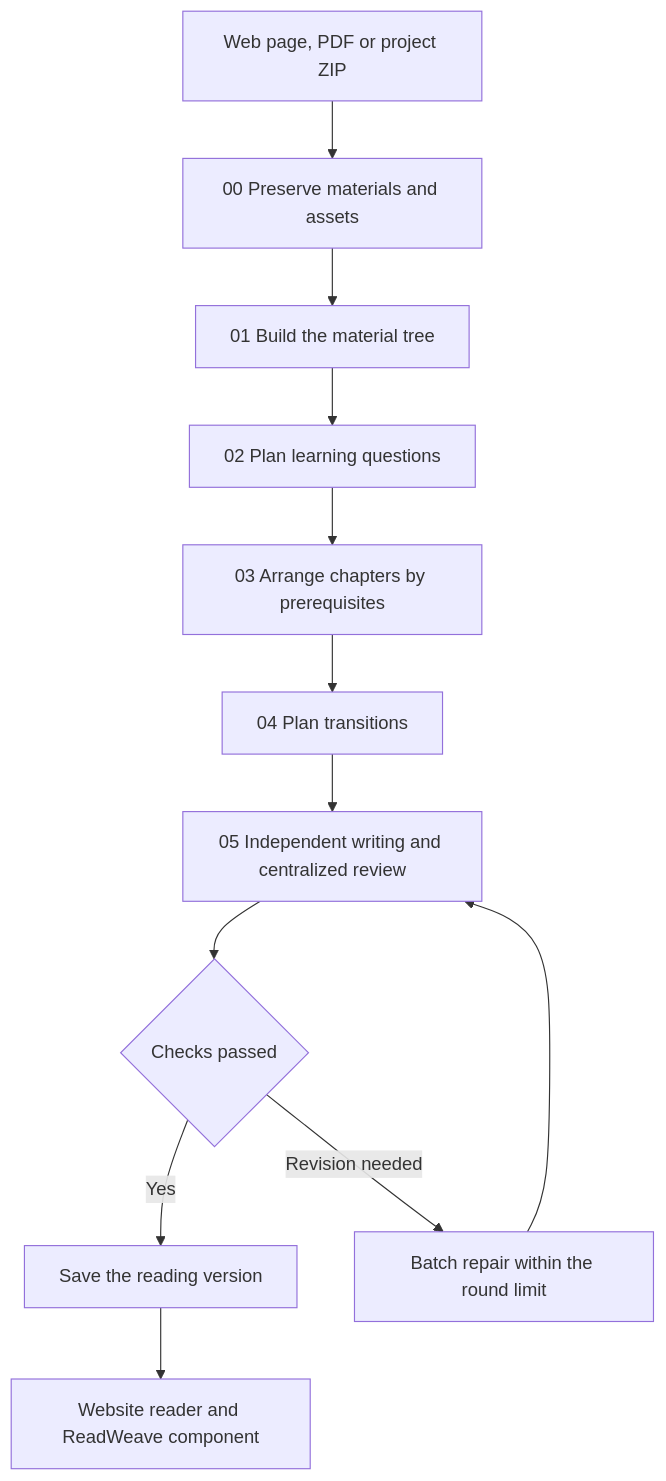
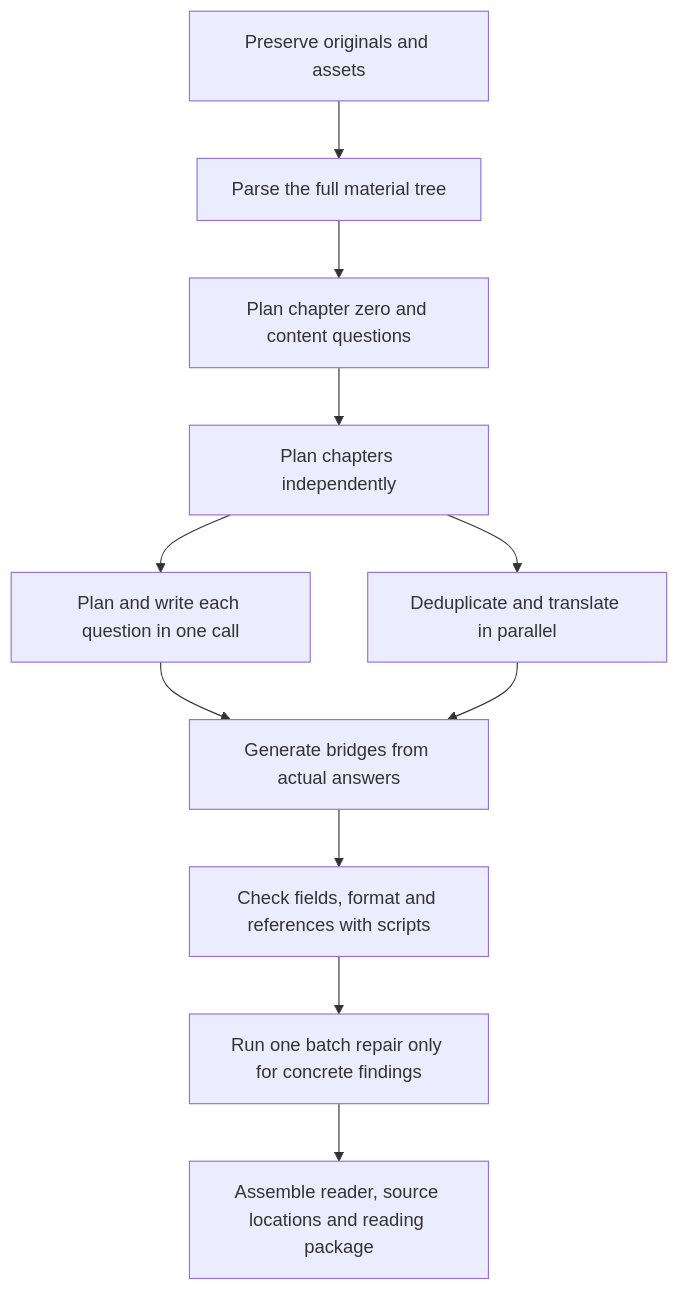
The diagram in README.en.md (AIALRA-0/AIALRA-LessonWeave), drawn with Mermaid before and after one commit. The commit also changed other lines of this file and 323 other files, not shown here.

````diff
--- a/README.en.md
+++ b/README.en.md
@@ -88,14 +45,13 @@
 ```mermaid
 flowchart TD
-    Source[Web page, PDF or project ZIP] --> Acquire[00 Preserve materials and assets]
-    Acquire --> Tree[01 Build the material tree]
-    Tree --> Questions[02 Plan learning questions]
-    Questions --> Chapters[03 Arrange chapters by prerequisites]
-    Chapters --> Bridges[04 Plan transitions]
-    Bridges --> Writing[05 Independent writing and centralized review]
-    Writing --> Check{Checks passed}
-    Check -->|Yes| Reading[Save the reading version]
-    Check -->|Revision needed| Batch[Batch repair within the round limit]
-    Batch --> Writing
-    Reading --> Preview[Website reader and ReadWeave component]
+    A[Preserve originals and assets] --> B[Parse the full material tree]
+    B --> C[Plan chapter zero and content questions]
+    C --> D[Plan chapters independently]
+    D --> E[Plan and write each question in one call]
+    D --> T[Deduplicate and translate in parallel]
+    E --> F[Generate bridges from actual answers]
+    T --> F
+    F --> G[Check fields, format and references with scripts]
+    G --> H[Run one batch repair only for concrete findings]
+    H --> I[Assemble reader, source locations and reading package]
 ```
````
